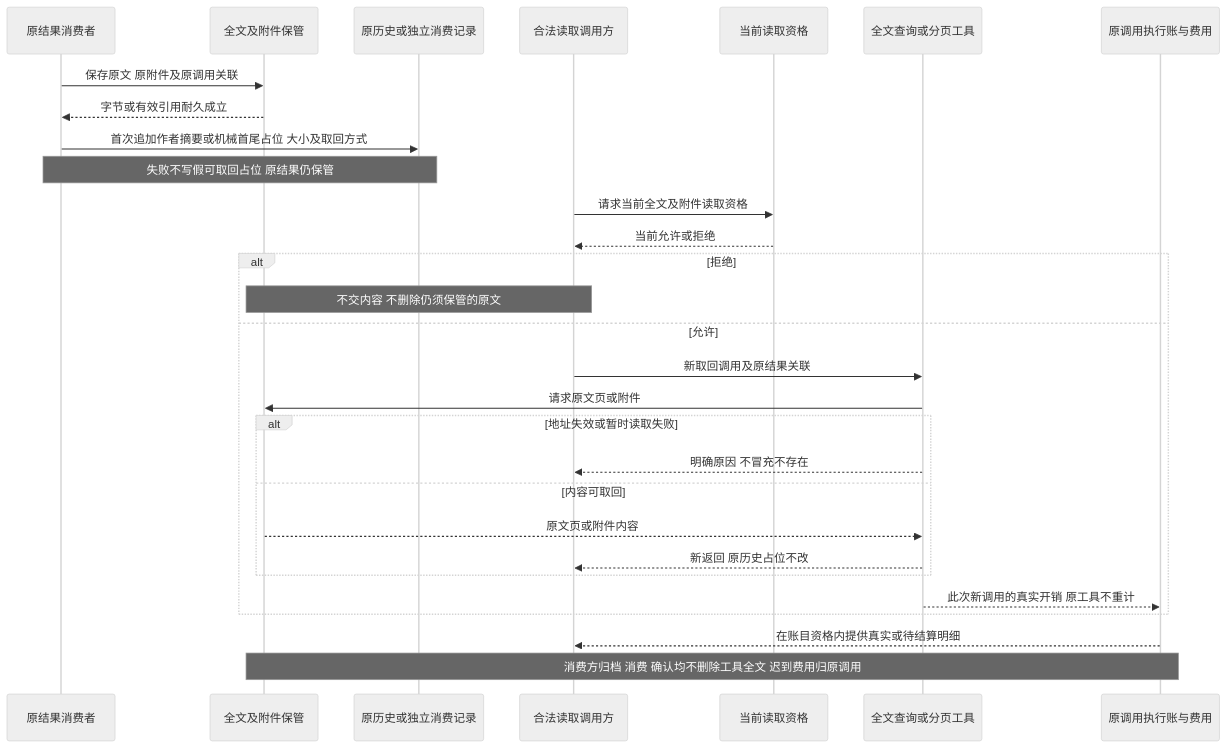
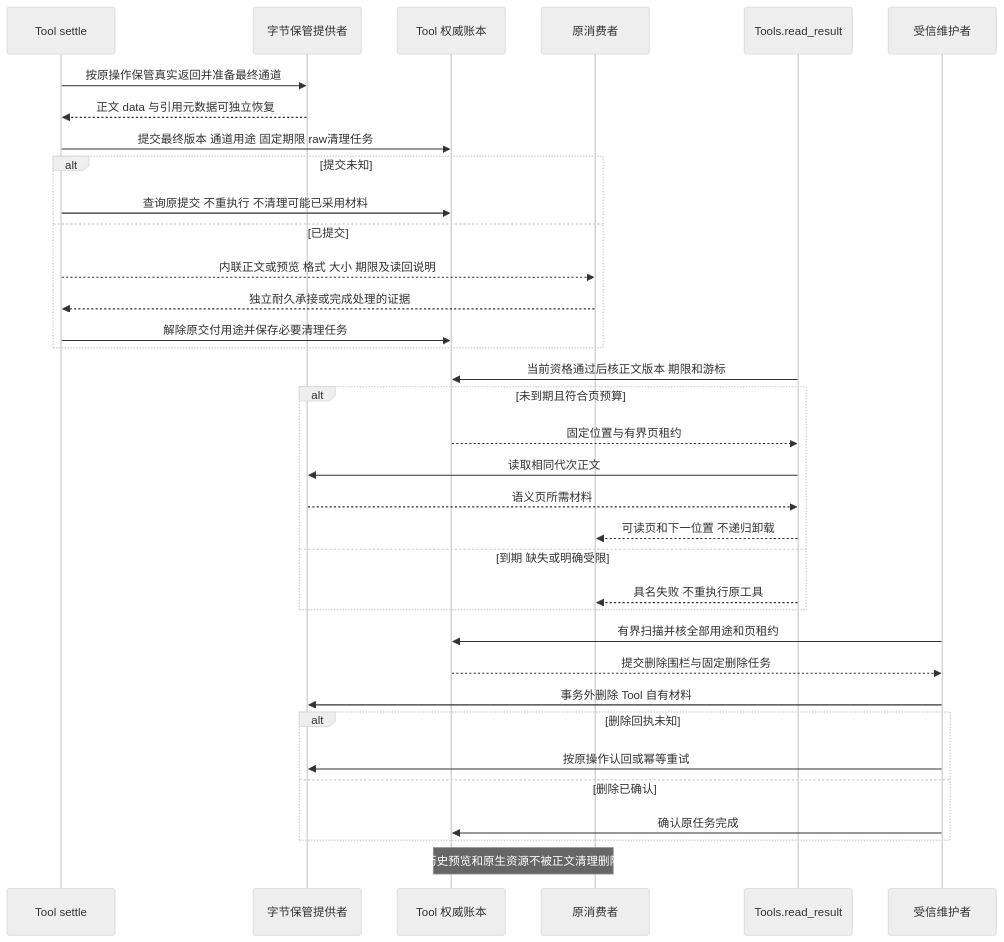
Before and after one commit to nemori-ai/omne-harness-lite: diagram 16 of 17 in packages/tool/tool-contract/docs/flows.md, drawn with Mermaid (neutral theme). The commit also changed other lines of this file and 58 other files, not shown here.

First line of the commit message:
docs(tool): specify W3 result custody and consumer handoff

````diff
--- a/packages/tool/tool-contract/docs/flows.md
+++ b/packages/tool/tool-contract/docs/flows.md
@@ -630,31 +630,37 @@
 ```mermaid
 sequenceDiagram
-    participant C as 原结果消费者
-    participant S as 全文及附件保管
-    participant H as 原历史或独立消费记录
-    participant R as 合法读取调用方
-    participant I as 当前读取资格
-    participant Q as 全文查询或分页工具
-    participant B as 原调用执行账与费用
-    C->>S: 保存原文 原附件及原调用关联
-    S-->>C: 字节或有效引用耐久成立
-    C->>H: 首次追加作者摘要或机械首尾占位 大小及取回方式
-    Note over C,H: 失败不写假可取回占位 原结果仍保管
-    R->>I: 请求当前全文及附件读取资格
-    I-->>R: 当前允许或拒绝
-    alt 拒绝
-        Note over R,S: 不交内容 不删除仍须保管的原文
-    else 允许
-        R->>Q: 新取回调用及原结果关联
-        Q->>S: 请求原文页或附件
-        alt 地址失效或暂时读取失败
-            Q-->>R: 明确原因 不冒充不存在
-        else 内容可取回
-            S-->>Q: 原文页或附件内容
-            Q-->>R: 新返回 原历史占位不改
-        end
-        Q-->>B: 此次新调用的真实开销 原工具不重计
+    participant T as Tool settle
+    participant S as 字节保管提供者
+    participant L as Tool 权威账本
+    participant C as 原消费者
+    participant Q as Tools.read_result
+    participant M as 受信维护者
+    T->>S: 按原操作保管真实返回并准备最终通道
+    S-->>T: 正文 data 与引用元数据可独立恢复
+    T->>L: 提交最终版本 通道用途 固定期限 raw清理任务
+    alt 提交未知
+        T->>L: 查询原提交 不重执行 不清理可能已采用材料
+    else 已提交
+        T-->>C: 内联正文或预览 格式 大小 期限及读回说明
+        C-->>T: 独立耐久承接或完成处理的证据
+        T->>L: 解除原交付用途并保存必要清理任务
     end
-    B-->>R: 在账目资格内提供真实或待结算明细
-    Note over S,B: 消费方归档 消费 确认均不删除工具全文 迟到费用归原调用
+    Q->>L: 当前资格通过后核正文版本 期限和游标
+    alt 未到期且符合页预算
+        L-->>Q: 固定位置与有界页租约
+        Q->>S: 读取相同代次正文
+        S-->>Q: 语义页所需材料
+        Q-->>C: 可读页和下一位置 不递归卸载
+    else 到期 缺失或明确受限
+        Q-->>C: 具名失败 不重执行原工具
+    end
+    M->>L: 有界扫描并核全部用途和页租约
+    L-->>M: 提交删除围栏与固定删除任务
+    M->>S: 事务外删除 Tool 自有材料
+    alt 删除回执未知
+        M->>S: 按原操作认回或幂等重试
+    else 删除已确认
+        M->>L: 确认原任务完成
+    end
+    Note over L,C: 历史预览和原生资源不被正文清理删除
 ```
````
